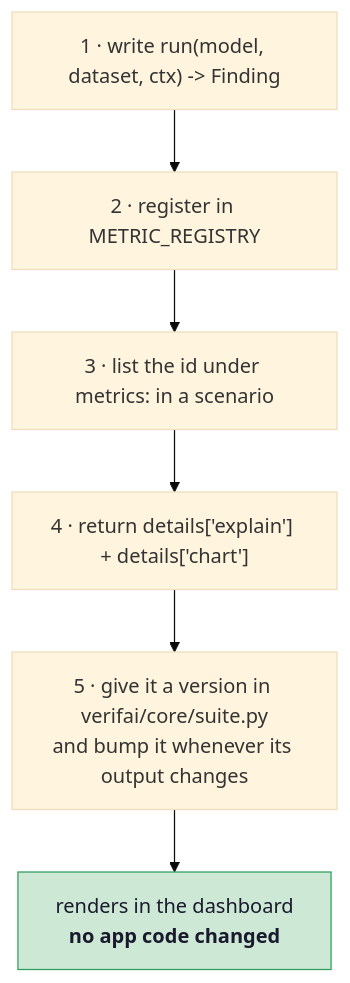
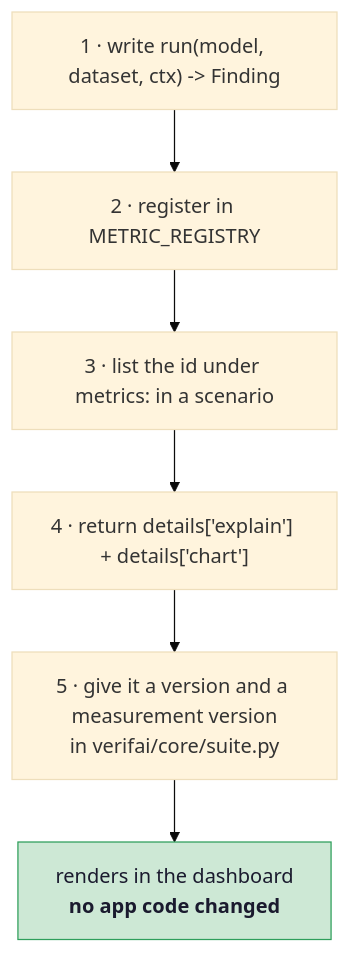
The second of 2 diagrams in docs/extending.md (sabrinahartung/verifai-medical), drawn with Mermaid (base theme) before and after one commit. The commit also changed 46 other files, not shown here.

````diff
--- a/docs/extending.md
+++ b/docs/extending.md
@@ -150,11 +150,11 @@
 ```mermaid
 flowchart TB
     A["1 · write run(model, dataset, ctx) -> Finding"]
     B["2 · register in METRIC_REGISTRY"]
     C["3 · list the id under metrics: in a scenario"]
     D["4 · return details['explain'] + details['chart']"]
-    V["5 · give it a version in verifai/core/suite.py<br/>and bump it whenever its output changes"]
+    V["5 · give it a version and a measurement version<br/>in verifai/core/suite.py"]
     A --> B --> C --> D --> V
     V --> E["renders in the dashboard<br/><b>no app code changed</b>"]
     style E fill:#CDE8D5,stroke:#2E9E5B,color:#1a1a2e
 ```
````
